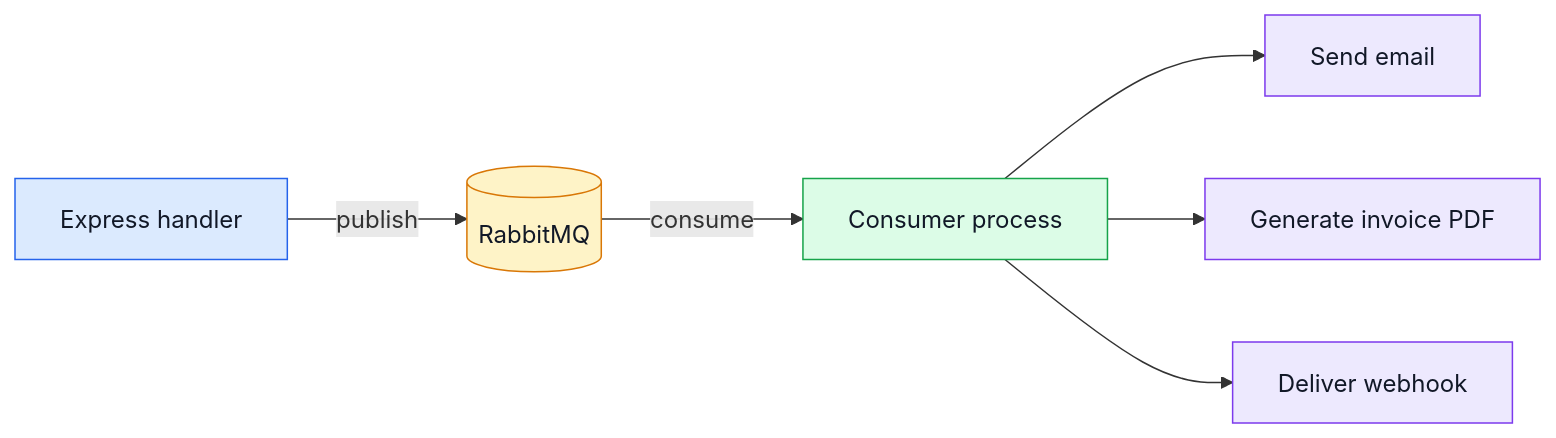
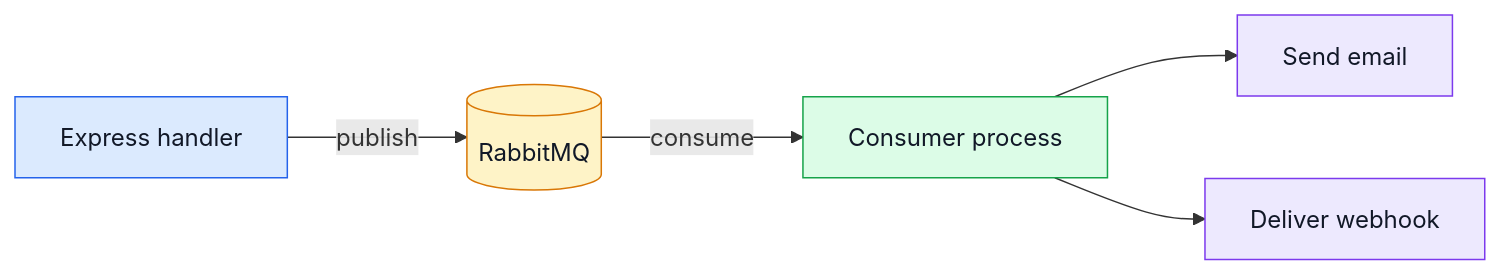
The first of 3 diagrams in docs/tools/rabbitmq.md (Guebbit/boilerplate-node-backend), drawn with Mermaid before and after one commit. The commit also changed other lines of this file and 34 other files, not shown here.

First line of the commit message:
feat(orders)!: render the invoice on demand instead of queuing it as a durable PDF

````diff
--- a/docs/tools/rabbitmq.md
+++ b/docs/tools/rabbitmq.md
@@ -28,18 +27,17 @@
 ```mermaid
 %%{init: {'flowchart': {'nodeSpacing': 55, 'rankSpacing': 65}}}%%
 flowchart LR
     API[Express handler] -->|publish| RMQ[(RabbitMQ)]
     RMQ -->|consume| Worker[Consumer process]
     Worker --> SMTP[Send email]
-    Worker --> PDF[Generate invoice PDF]
     Worker --> Hook[Deliver webhook]
 
     classDef app fill:#dbeafe,stroke:#2563eb,color:#111827;
     classDef queue fill:#fef3c7,stroke:#d97706,color:#111827;
     classDef worker fill:#dcfce7,stroke:#16a34a,color:#111827;
     classDef outbound fill:#ede9fe,stroke:#7c3aed,color:#111827;
     class API app;
     class RMQ queue;
     class Worker worker;
-    class SMTP,PDF,Hook outbound;
+    class SMTP,Hook outbound;
 ```
````
